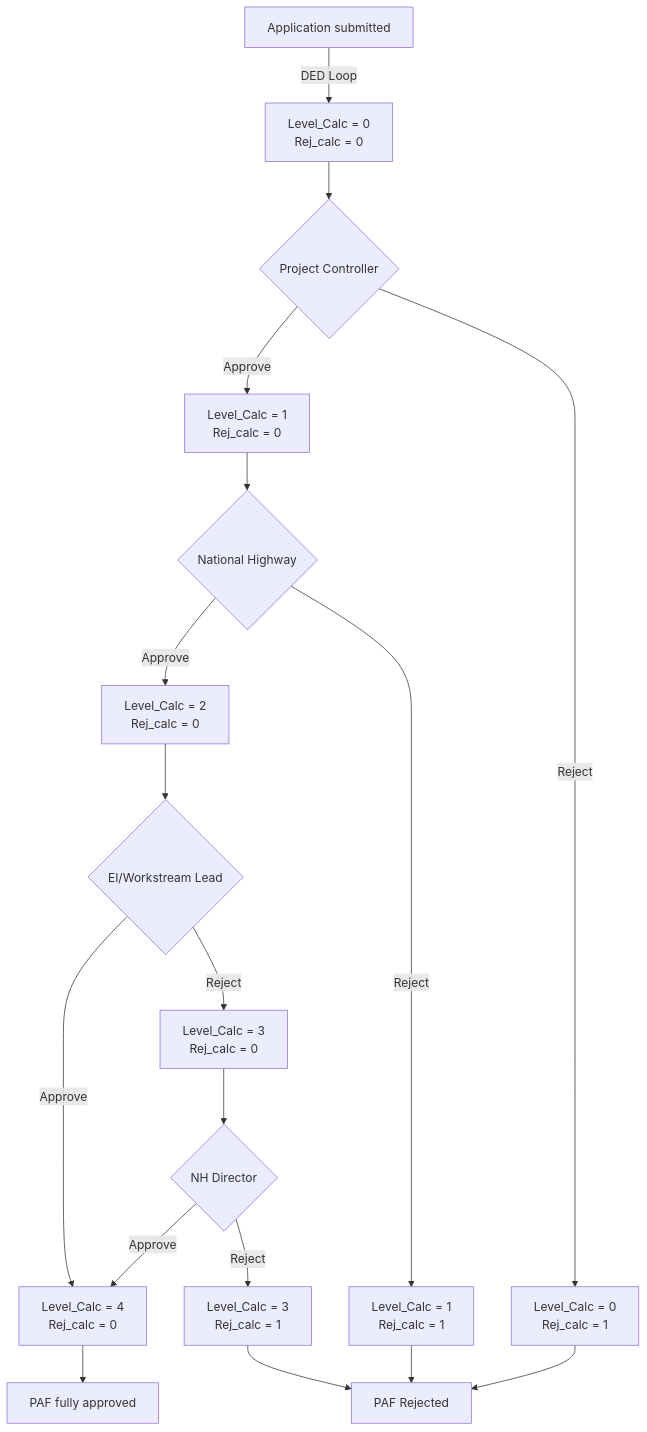
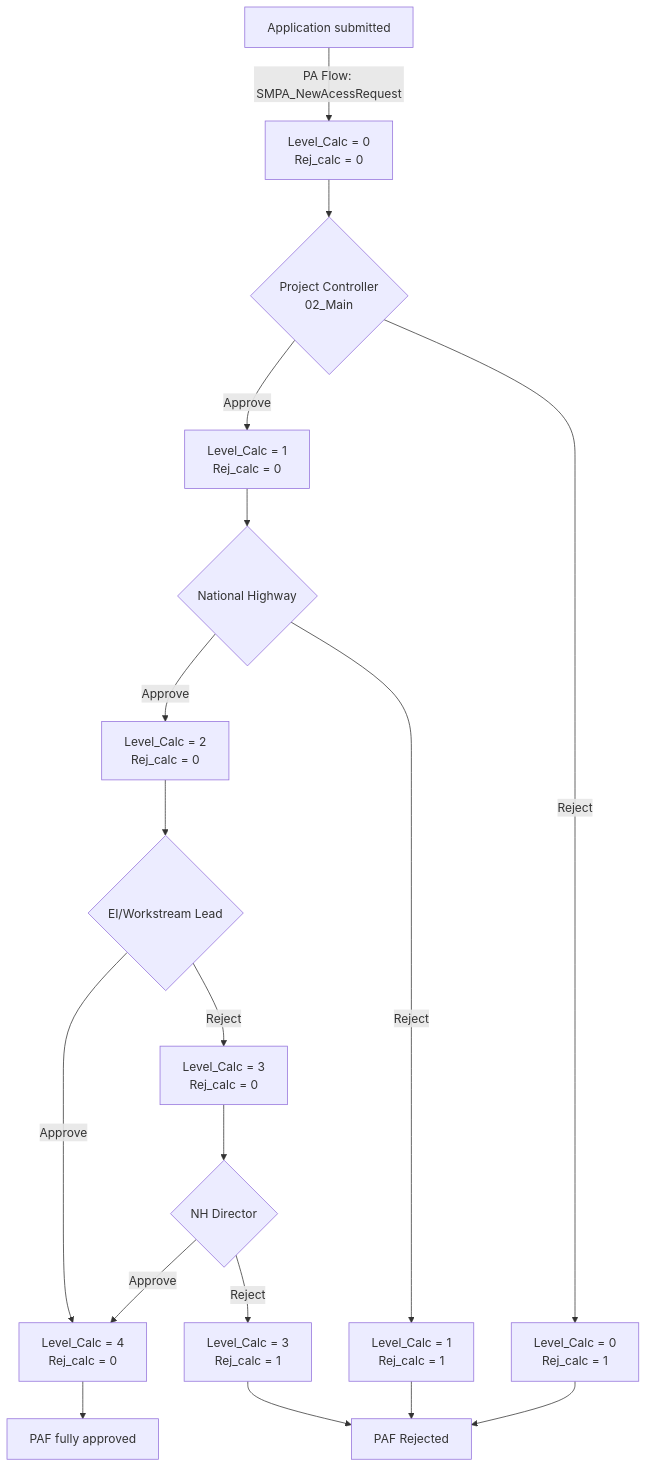
The second of 2 diagrams in README.md (SzuberP/SMPA), drawn with Mermaid before and after one commit. The commit also changed other lines of this file and 1 other file, not shown here.

````diff
--- a/README.md
+++ b/README.md
@@ -6,26 +70,26 @@
 ```mermaid
 flowchart TD
-    A[Application submitted] --> |DED Loop|B[Level_Calc = 0 \nRej_calc = 0]
+    A[Application submitted] --> |PA Flow: SMPA_NewAcessRequest|B[Level_Calc = 0 \nRej_calc = 0]
     
-    B --> PC{Project Controller}
+    B --> PC{Project Controller\n02_Main}
     PC -->|Approve| PCA[Level_Calc = 1 \nRej_calc = 0]
     PC -->|Reject| PCR[Level_Calc = 0 \nRej_calc = 1]
     
     PCA -->NH{National Highway}
     NH -->|Approve| NHA[Level_Calc = 2 \nRej_calc = 0]
     NH -->|Reject| NHR[Level_Calc = 1 \nRej_calc = 1]
 
     NHA --> EI{EI/Workstream Lead}
     EI -->|Approve| EIA[Level_Calc = 4 \nRej_calc = 0]
     EI -->|Reject| EIR[Level_Calc = 3 \nRej_calc = 0]
     
     EIR --> DIR{NH Director}
     DIR -->|Approve| EIA
     DIR -->|Reject| DIRR[Level_Calc = 3 \nRej_calc = 1] 
 
     EIA --> APR[PAF fully approved]    
 
     PCR --> REJ[PAF Rejected]
     NHR --> REJ
     DIRR -->REJ;
 ```
````
